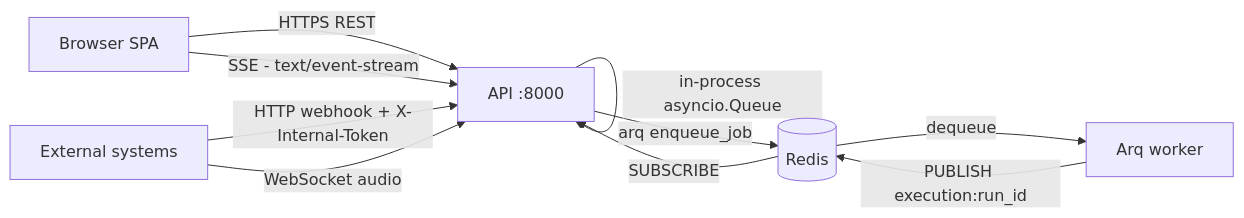
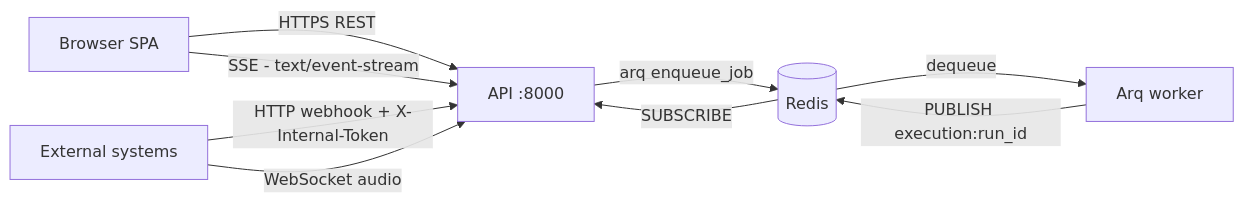
The eighth of 19 diagrams in docs/current/02-system-architecture.md (gondolerahul/hire-buddha-app), drawn with Mermaid before and after one commit. The commit also changed other lines of this file and 15 other files, not shown here.

````diff
--- a/docs/current/02-system-architecture.md
+++ b/docs/current/02-system-architecture.md
@@ -632,18 +631,17 @@
 ```mermaid
 graph LR
     SPA["Browser SPA"]
     API["API :8000"]
     WK["Arq worker"]
     RD[("Redis")]
     EXT["External systems"]
 
     SPA -->|"HTTPS REST"| API
     SPA -->|"SSE - text/event-stream"| API
     EXT -->|"HTTP webhook + X-Internal-Token"| API
     EXT -->|"WebSocket audio"| API
-    API -->|"in-process asyncio.Queue"| API
     API -->|"arq enqueue_job"| RD
     RD -->|"dequeue"| WK
     WK -->|"PUBLISH execution:run_id"| RD
     RD -->|"SUBSCRIBE"| API
 ```
````
